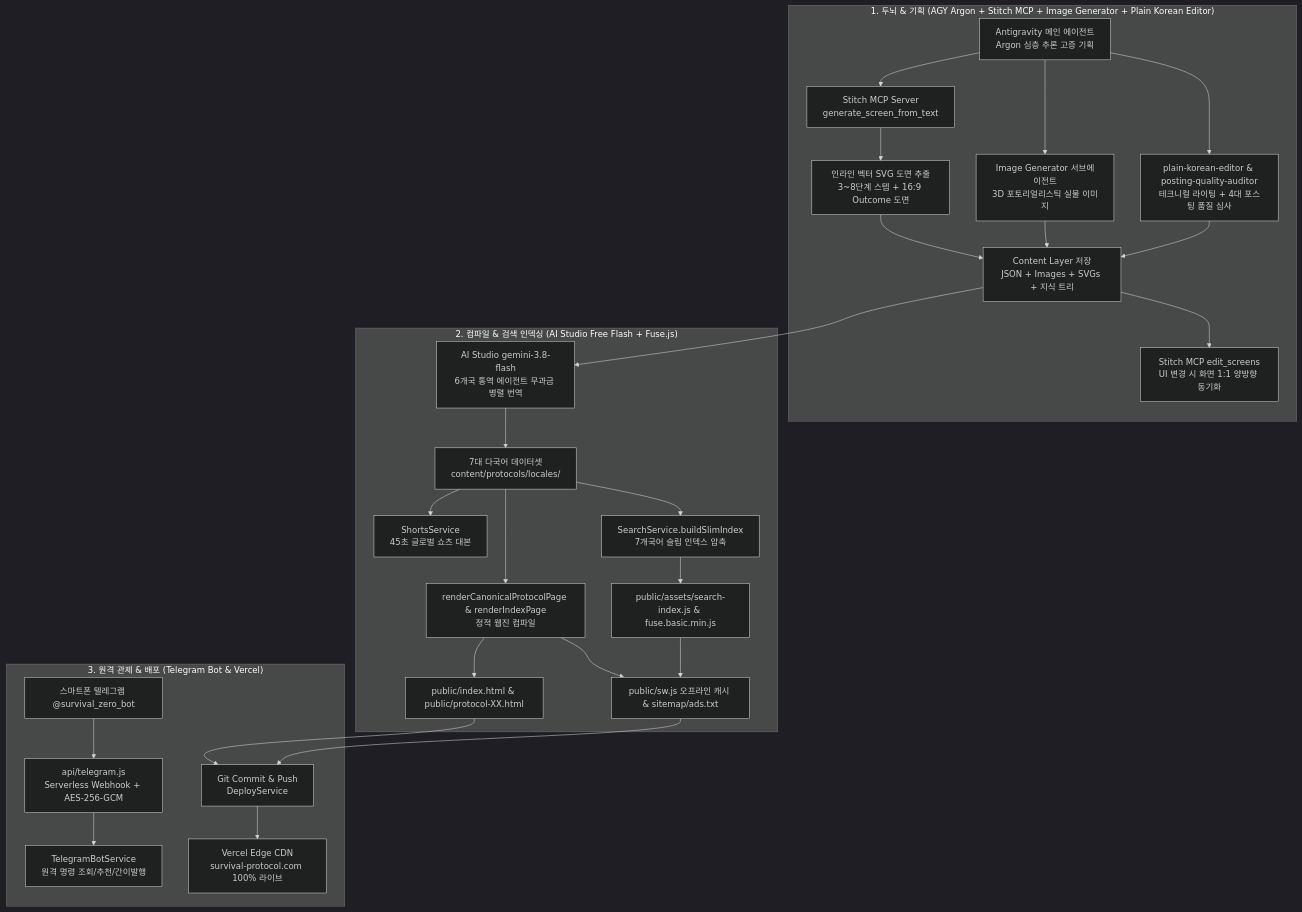
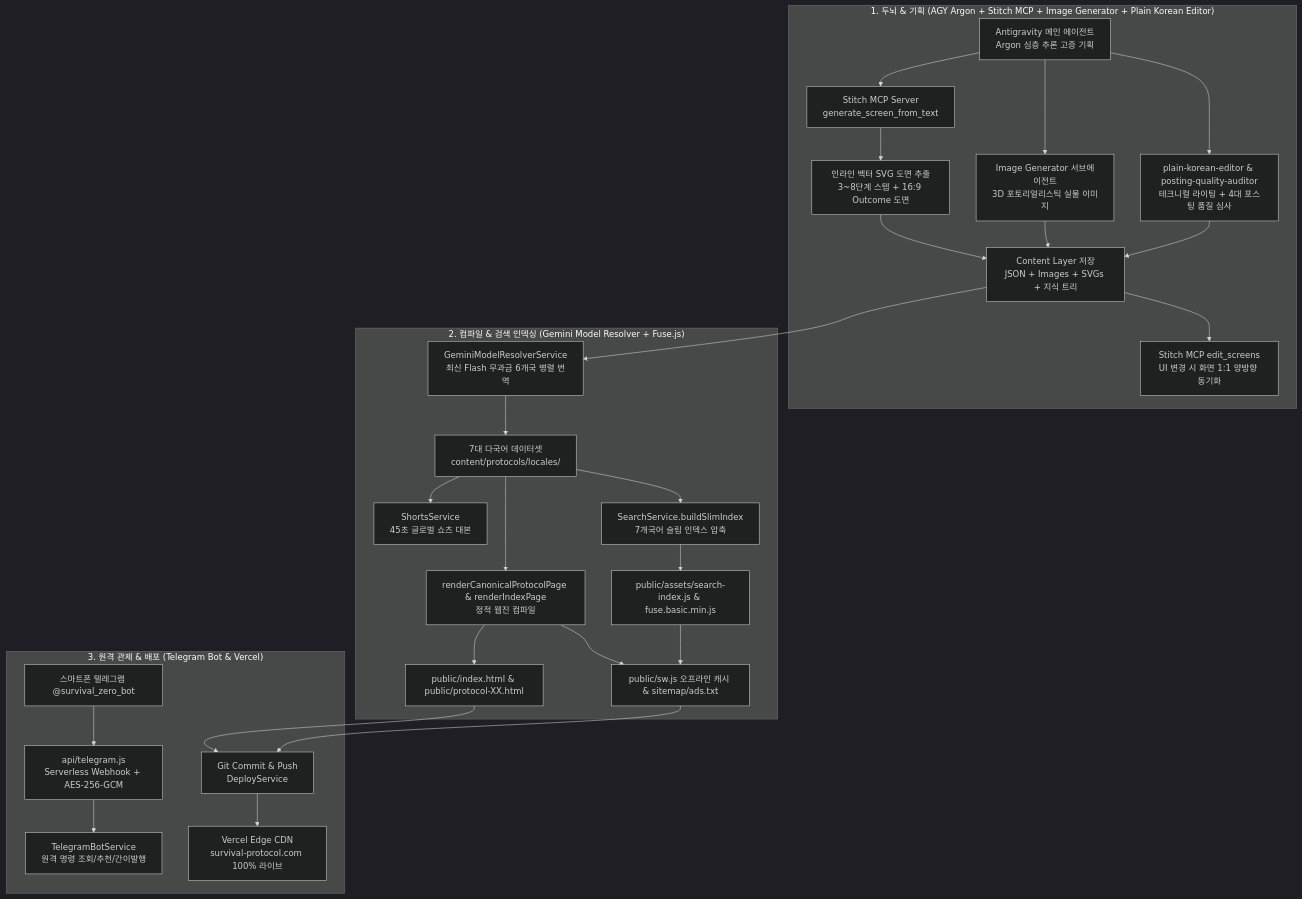
One commit to zozero94/survival-protocol changed the diagram in PROJECT_SPEC.md. Above: the diagram before and after it, drawn with Mermaid (dark theme). The commit also changed other lines of this file and 1 other file, not shown here.

````diff
--- a/PROJECT_SPEC.md
+++ b/PROJECT_SPEC.md
@@ -41,29 +45,29 @@
 ```mermaid
 flowchart TD
     subgraph Tier1["1. 두뇌 & 기획 (AGY Argon + Stitch MCP + Image Generator + Plain Korean Editor)"]
         A[Antigravity 메인 에이전트<br/>Argon 심층 추론 고증 기획] --> B[Stitch MCP Server<br/>generate_screen_from_text]
         A --> IMG[Image Generator 서브에이전트<br/>3D 포토리얼리스틱 실물 이미지]
         A --> EDT[plain-korean-editor & posting-quality-auditor<br/>테크니컬 라이팅 + 4대 포스팅 품질 심사]
         B --> C[인라인 벡터 SVG 도면 추출<br/>3~8단계 스텝 + 16:9 Outcome 도면]
         C & IMG & EDT --> D[Content Layer 저장<br/>JSON + Images + SVGs + 지식 트리]
         D --> E[Stitch MCP edit_screens<br/>UI 변경 시 화면 1:1 양방향 동기화]
     end
 
-    subgraph Tier2["2. 컴파일 & 검색 인덱싱 (AI Studio Free Flash + Fuse.js)"]
-        D --> F[AI Studio gemini-3.8-flash<br/>6개국 통역 에이전트 무과금 병렬 번역]
+    subgraph Tier2["2. 컴파일 & 검색 인덱싱 (Gemini Model Resolver + Fuse.js)"]
+        D --> F[GeminiModelResolverService<br/>최신 Flash 무과금 6개국 병렬 번역]
         F --> G[7대 다국어 데이터셋<br/>content/protocols/locales/]
         G --> H[renderCanonicalProtocolPage & renderIndexPage<br/>정적 웹진 컴파일]
         G --> I[ShortsService<br/>45초 글로벌 쇼츠 대본]
         G --> SRCH[SearchService.buildSlimIndex<br/>7개국어 슬림 인덱스 압축]
         SRCH --> SIDX[public/assets/search-index.js & fuse.basic.min.js]
         H --> J[public/index.html & public/protocol-XX.html]
         H & SIDX --> K[public/sw.js 오프라인 캐시 & sitemap/ads.txt]
     end
 
     subgraph Tier3["3. 원격 관제 & 배포 (Telegram Bot & Vercel)"]
         L[스마트폰 텔레그램 @survival_zero_bot] --> M[api/telegram.js<br/>Serverless Webhook + AES-256-GCM]
         M --> N[TelegramBotService<br/>원격 명령 조회/추천/간이발행]
         J & K --> O[Git Commit & Push<br/>DeployService]
         O --> P[Vercel Edge CDN<br/>survival-protocol.com 100% 라이브]
     end
 ```
````
